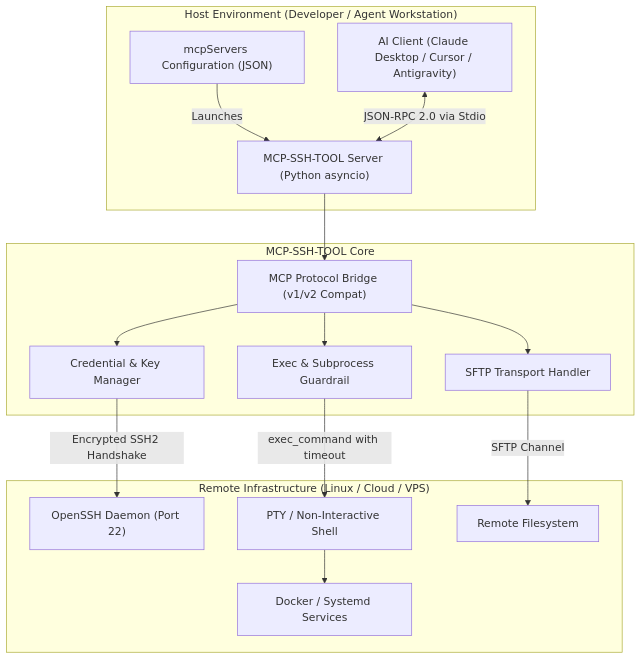
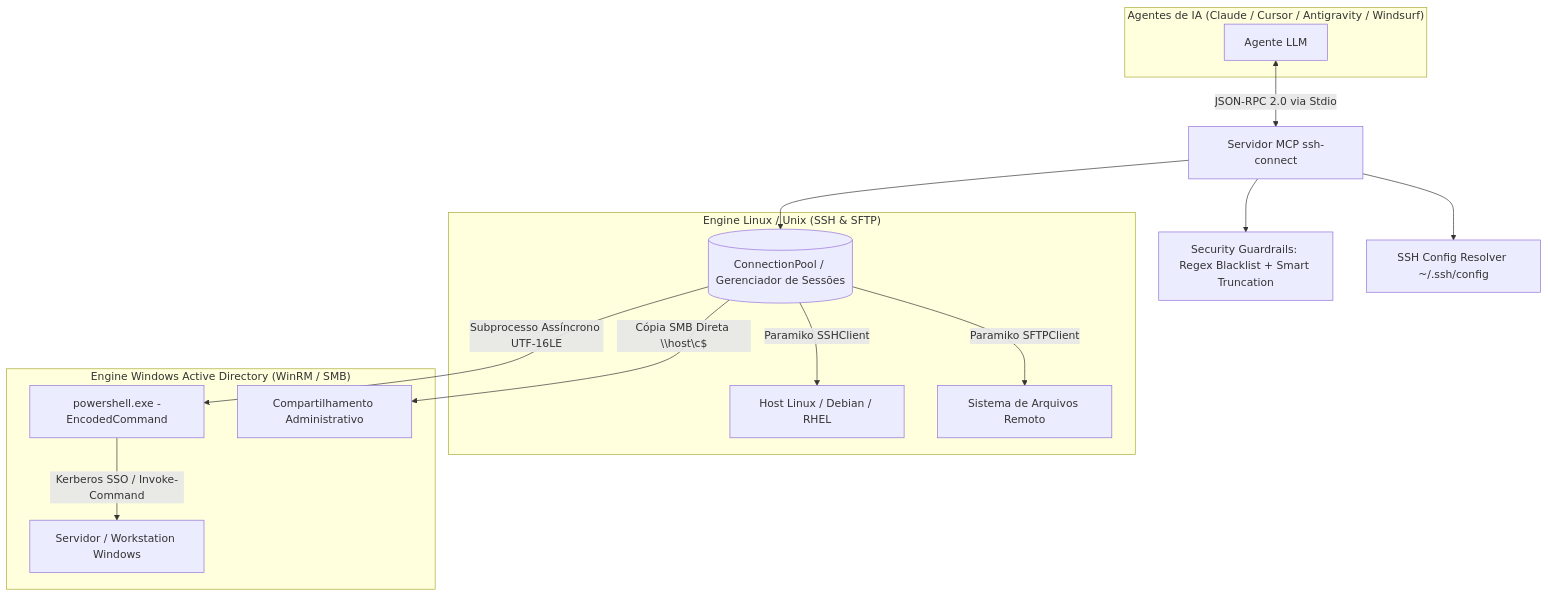
The diagram in README.md (ManoAlee/MCP-SSH-TOOL), drawn with Mermaid before and after one commit. The commit also changed other lines of this file and 21 other files, not shown here.

Commit message:
feat(arch): modularize connection pool, fix shadowing & event logs, sanitize credentials, and document 17 MCP tools

````diff
--- a/README.md
+++ b/README.md
@@ -40,32 +40,23 @@
 ```mermaid
 flowchart TD
-    subgraph Host["Host Environment (Developer / Agent Workstation)"]
-        Client["AI Client (Claude Desktop / Cursor / Antigravity)"]
-        Config["mcpServers Configuration (JSON)"]
-        Config -->|Launches| Server["MCP-SSH-TOOL Server (Python asyncio)"]
-        Client <-->|JSON-RPC 2.0 via Stdio| Server
+    subgraph Cliente_IA ["Agentes de IA (Claude / Cursor / Antigravity / Windsurf)"]
+        Agent[Agente LLM]
     end
 
-    subgraph ServerCore["MCP-SSH-TOOL Core"]
-        Bridge["MCP Protocol Bridge (v1/v2 Compat)"]
-        Auth["Credential & Key Manager"]
-        SFTP["SFTP Transport Handler"]
-        Exec["Exec & Subprocess Guardrail"]
-        Server --> Bridge
-        Bridge --> Auth
-        Bridge --> SFTP
-        Bridge --> Exec
+    Agent <-->|JSON-RPC 2.0 via Stdio| Server[Servidor MCP ssh-connect]
+
+    Server --> Pool[(ConnectionPool / Gerenciador de Sessões)]
+    Server --> Sec[Security Guardrails: Regex Blacklist + Smart Truncation]
+    Server --> Resolver[SSH Config Resolver ~/.ssh/config]
+
+    subgraph Linux_Engine ["Engine Linux / Unix (SSH & SFTP)"]
+        Pool -->|Paramiko SSHClient| LinuxNode[Host Linux / Debian / RHEL]
+        Pool -->|Paramiko SFTPClient| LinuxFS[Sistema de Arquivos Remoto]
     end
 
-    subgraph Remote["Remote Infrastructure (Linux / Cloud / VPS)"]
-        SSHD["OpenSSH Daemon (Port 22)"]
-        Shell["PTY / Non-Interactive Shell"]
-        FS["Remote Filesystem"]
-        Docker["Docker / Systemd Services"]
-        
-        Auth -->|Encrypted SSH2 Handshake| SSHD
-        Exec -->|exec_command with timeout| Shell
-        SFTP -->|SFTP Channel| FS
-        Shell --> Docker
+    subgraph Windows_Engine ["Engine Windows Active Directory (WinRM / SMB)"]
+        Pool -->|Subprocesso Assíncrono UTF-16LE| PSLocal[powershell.exe -EncodedCommand]
+        PSLocal -->|Kerberos SSO / Invoke-Command| WinNode[Servidor / Workstation Windows]
+        Pool -->|Cópia SMB Direta \\host\c$| WinFS[Compartilhamento Administrativo]
     end
 ```
````
